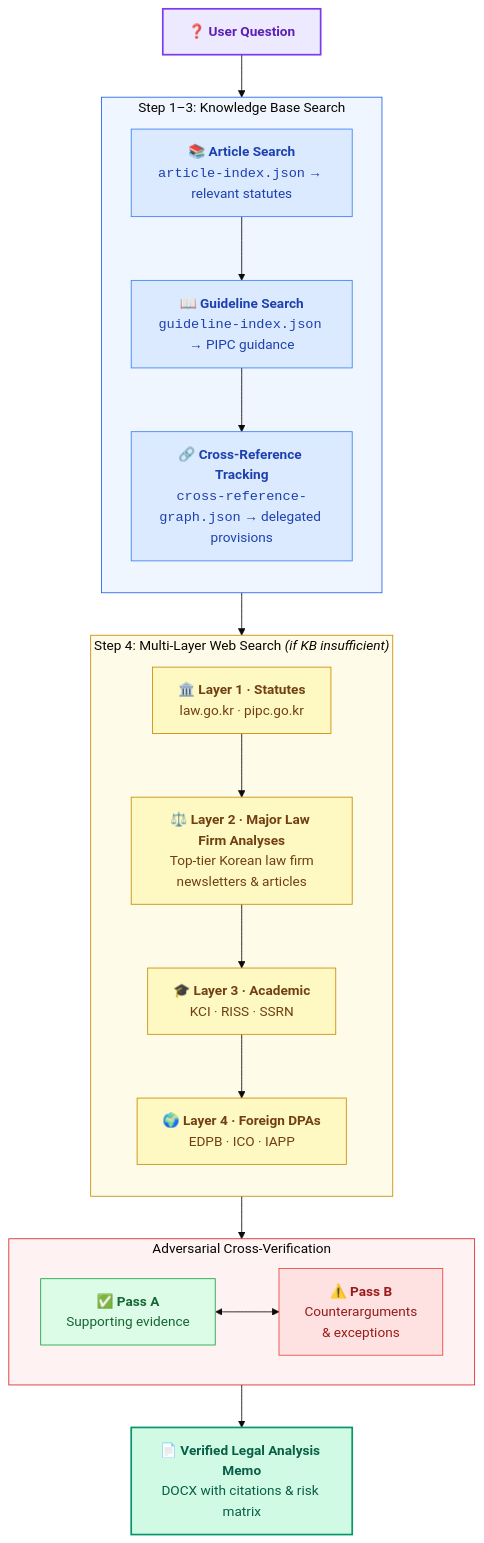
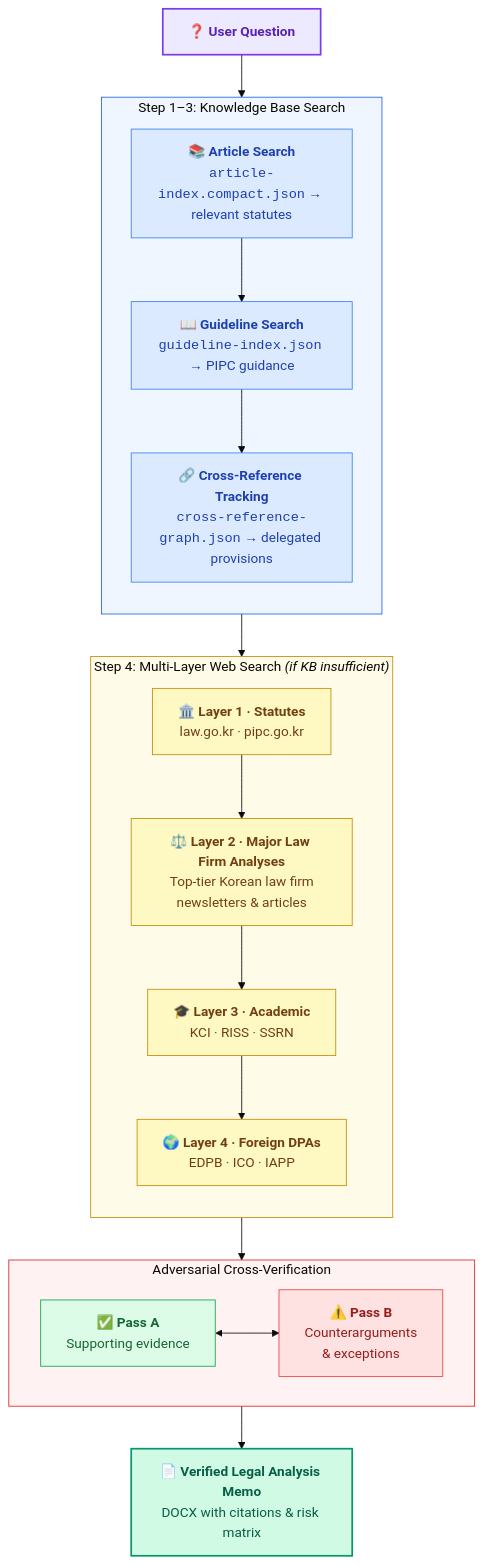
The second of 2 diagrams in README.md (kipeum86/PIPA-expert), drawn with Mermaid (base theme) before and after one commit. The commit also changed other lines of this file and 11 other files, not shown here.

Commit message:
chore: add preflight and compact index guards

````diff
--- a/README.md
+++ b/README.md
@@ -254,50 +254,50 @@
 ```mermaid
 flowchart TD
     Q["❓ <b>User Question</b>"]
 
     subgraph kb["Step 1–3: Knowledge Base Search"]
         direction TB
-        S1["📚 <b>Article Search</b><br/><code>article-index.json</code> → relevant statutes"]
+            S1["📚 <b>Article Search</b><br/><code>article-index.compact.json</code> → relevant statutes"]
         S2["📖 <b>Guideline Search</b><br/><code>guideline-index.json</code> → PIPC guidance"]
         S3["🔗 <b>Cross-Reference Tracking</b><br/><code>cross-reference-graph.json</code> → delegated provisions"]
         S1 --> S2 --> S3
     end
 
     subgraph web["Step 4: Multi-Layer Web Search <i>(if KB insufficient)</i>"]
         direction TB
         L1["🏛️ <b>Layer 1 · Statutes</b><br/>law.go.kr · pipc.go.kr"]
         L2["⚖️ <b>Layer 2 · Major Law Firm Analyses</b><br/>Top-tier Korean law firm<br/>newsletters &amp; articles"]
         L3["🎓 <b>Layer 3 · Academic</b><br/>KCI · RISS · SSRN"]
         L4["🌍 <b>Layer 4 · Foreign DPAs</b><br/>EDPB · ICO · IAPP"]
         L1 --> L2 --> L3 --> L4
     end
 
     subgraph verify["Adversarial Cross-Verification"]
         direction LR
         PA["✅ <b>Pass A</b><br/>Supporting evidence"]
         PB["⚠️ <b>Pass B</b><br/>Counterarguments<br/>&amp; exceptions"]
         PA <--> PB
     end
 
     O["📄 <b>Verified Legal Analysis Memo</b><br/>DOCX with citations &amp; risk matrix"]
 
     Q --> kb
     kb --> web
     web --> verify
     verify --> O
 
     style Q fill:#ede9fe,stroke:#7c3aed,stroke-width:2px,color:#5b21b6
     style kb fill:#eff6ff,stroke:#2563eb,stroke-width:1px
     style web fill:#fefce8,stroke:#ca8a04,stroke-width:1px
     style verify fill:#fef2f2,stroke:#dc2626,stroke-width:1px
     style O fill:#d1fae5,stroke:#059669,stroke-width:2px,color:#065f46
     style S1 fill:#dbeafe,stroke:#3b82f6,color:#1e40af
     style S2 fill:#dbeafe,stroke:#3b82f6,color:#1e40af
     style S3 fill:#dbeafe,stroke:#3b82f6,color:#1e40af
     style L1 fill:#fef9c3,stroke:#ca8a04,color:#713f12
     style L2 fill:#fef9c3,stroke:#ca8a04,color:#713f12
     style L3 fill:#fef9c3,stroke:#ca8a04,color:#713f12
     style L4 fill:#fef9c3,stroke:#ca8a04,color:#713f12
     style PA fill:#dcfce7,stroke:#16a34a,color:#166534
     style PB fill:#fee2e2,stroke:#ef4444,color:#991b1b
 ```
````
